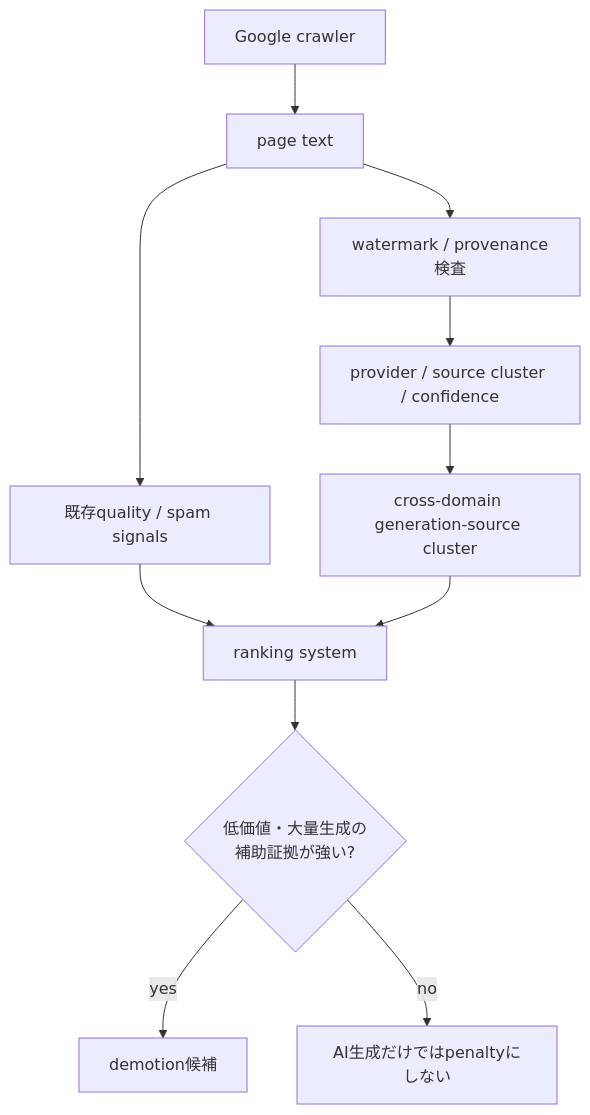
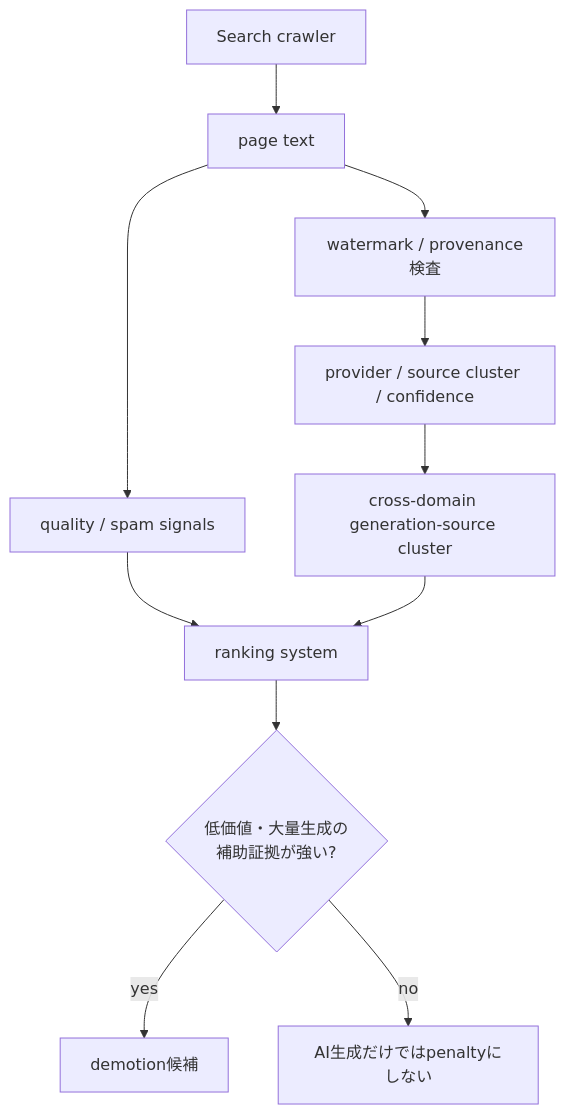
Before and after one commit to KAFKA2306/articles: the fifth of 6 diagrams in articles/claude-watermark-secret-key-detection.md, drawn with Mermaid. The commit also changed other lines of this file, not shown here.

````diff
--- a/articles/claude-watermark-secret-key-detection.md
+++ b/articles/claude-watermark-secret-key-detection.md
@@ -377,16 +385,16 @@
 ```mermaid
 flowchart TB
-    C[Google crawler] --> P[page text]
-    P --> Q[既存quality / spam signals]
+    C[Search crawler] --> P[page text]
+    P --> Q[quality / spam signals]
     P --> W[watermark / provenance検査]
 
     W --> A[provider / source cluster / confidence]
     A --> X[cross-domain generation-source cluster]
 
     Q --> R[ranking system]
     X --> R
 
     R --> S{低価値・大量生成の<br/>補助証拠が強い?}
     S -->|yes| D[demotion候補]
     S -->|no| N[AI生成だけではpenaltyにしない]
 ```
````
